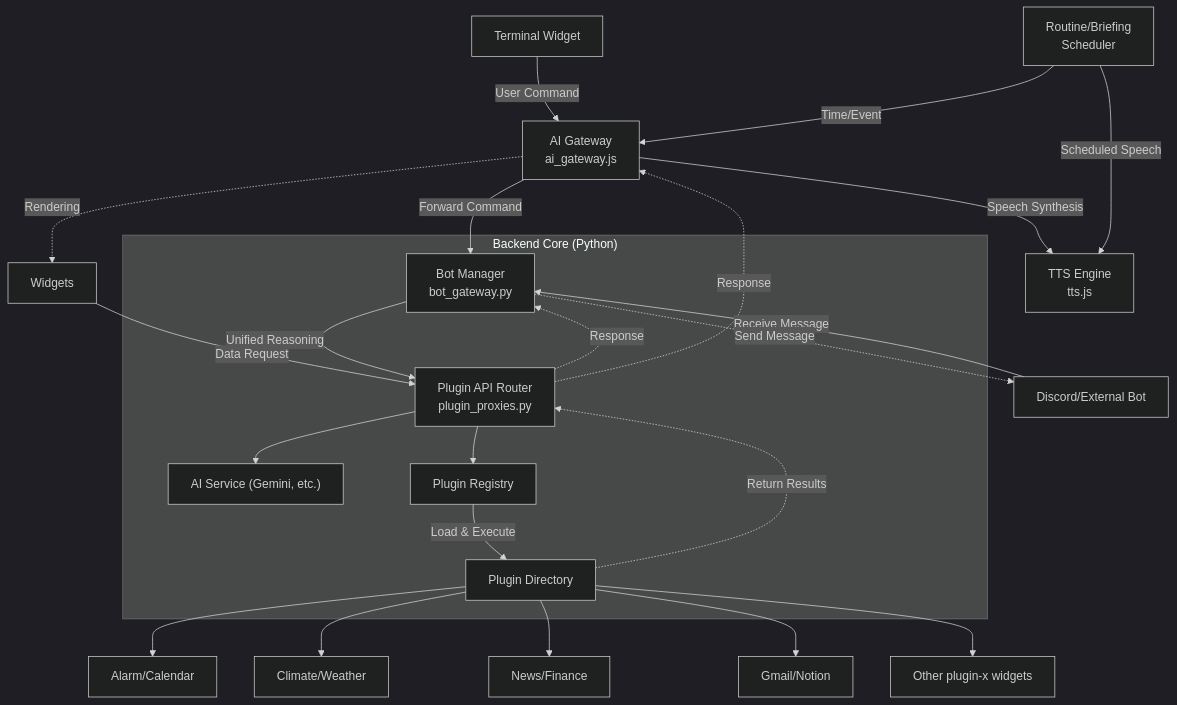
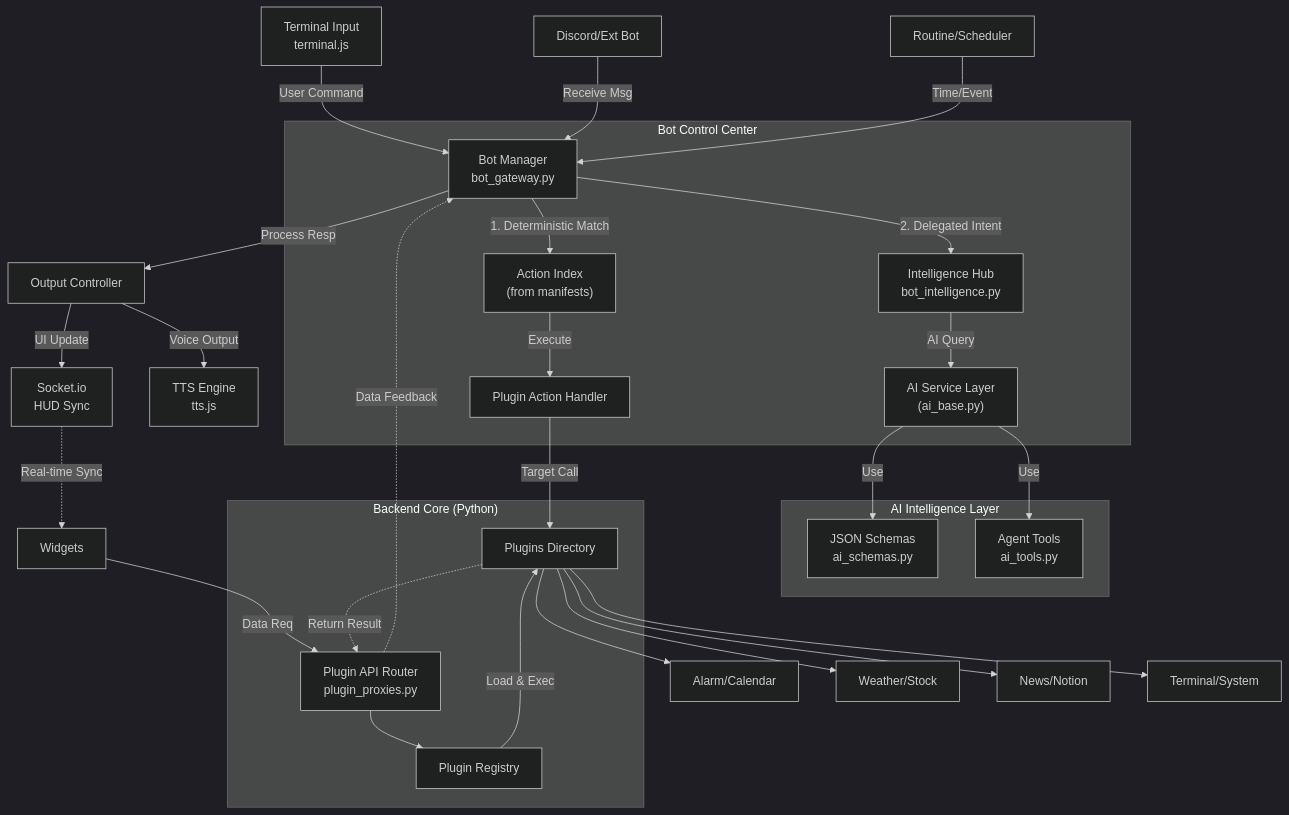
The first of 3 diagrams in docs/ARCHITECTURE_en.md (leeyj/aegis_avata), drawn with Mermaid (dark theme) before and after one commit. The commit also changed other lines of this file and 221 other files, not shown here.

Commit message:
v3.8.5: Core Modularization, System Hardening & Bug Fixes (Cumulative Update)

````diff
--- a/docs/ARCHITECTURE_en.md
+++ b/docs/ARCHITECTURE_en.md
@@ -13,38 +13,45 @@
 ```mermaid
 graph TB
-    %% Input & Trigger Layer (Top)
-    TerminalUI["Terminal Widget"] -->|User Command| AIGW["AI Gateway<br/>ai_gateway.js"]
-    DiscordBot["Discord/External Bot"] -->|Receive Message| BotMgr["Bot Manager<br/>bot_gateway.py"]
-    Routine["Routine/Briefing<br/>Scheduler"] -->|Time/Event| AIGW
-    Widgets["Widgets"] -->|Data Request| PluginRoute["Plugin API Router<br/>plugin_proxies.py"]
+    %% Inputs & Triggers (Top)
+    TerminalUI["Terminal Input<br/>terminal.js"] -->|User Command| BotMgr["Bot Manager<br/>bot_gateway.py"]
+    DiscordBot["Discord/Ext Bot"] -->|Receive Msg| BotMgr
+    Routine["Routine/Scheduler"] -->|Time/Event| BotMgr
+    Widgets["Widgets"] -->|Data Req| PluginRoute["Plugin API Router<br/>plugin_proxies.py"]
 
-    %% BotManager Central Routing
-    AIGW -->|Forward Command| BotMgr
-    BotMgr -->|Unified Reasoning| PluginRoute
+    %% BotManager Central Routing (v3.7.0 Core)
+    subgraph Bot_Control_Center [Bot Control Center]
+        BotMgr -->|1. Deterministic Match| ActionIdx["Action Index<br/>(from manifests)"]
+        BotMgr -->|2. Delegated Intent| IntelHub["Intelligence Hub<br/>bot_intelligence.py"]
+        IntelHub -->|AI Query| AIService["AI Service Layer<br/>(ai_base.py)"]
+        ActionIdx -->|Execute| Handler["Plugin Action Handler"]
+    end
     
-    %% AI Gateway & Feedback Flow
-    AIGW -->|Speech Synthesis| TTS["TTS Engine<br/>tts.js"]
-    Routine -->|Scheduled Speech| TTS
+    %% AI Intelligence Layer Details
+    subgraph AI_Intelligence_Layer [AI Intelligence Layer]
+        AIService -->|Use| Schemas["JSON Schemas<br/>ai_schemas.py"]
+        AIService -->|Use| Tools["Agent Tools<br/>ai_tools.py"]
+    end
 
-    %% Backend Core Processing
+    %% Outcome Feedback
+    BotMgr -->|Process Resp| Output["Output Controller"]
+    Output -->|Voice Output| TTS["TTS Engine<br/>tts.js"]
+    Output -->|UI Update| WebSocket["Socket.io<br/>HUD Sync"]
+
+    %% Backend Core
     subgraph Backend_Core ["Backend Core (Python)"]
-        PluginRoute --> AISvc["AI Service (Gemini, etc.)"]
         PluginRoute --> PluginSys["Plugin Registry"]
-        PluginSys -->|Load & Execute| Plugins["Plugin Directory"]
-        BotMgr
+        PluginSys -->|Load & Exec| Plugins["Plugins Directory"]
+        Handler -->|Target Call| Plugins
     end
 
     %% Plugin List
     Plugins --> P1["Alarm/Calendar"]
-    Plugins --> P2["Climate/Weather"]
-    Plugins --> P3["News/Finance"]
-    Plugins --> P4["Gmail/Notion"]
-    Plugins --> P5["Other plugin-x widgets"]
+    Plugins --> P2["Weather/Stock"]
+    Plugins --> P3["News/Notion"]
+    Plugins --> P4["Terminal/System"]
 
-    %% Result Feedback (Dotted)
-    Plugins -.->|Return Results| PluginRoute
-    PluginRoute -.->|Response| BotMgr
-    BotMgr -.->|Send Message| DiscordBot
-    PluginRoute -.->|Response| AIGW
-    AIGW -.->|Rendering| Widgets
+    %% Feedback Loops (Dashed)
+    Plugins -.->|Return Result| PluginRoute
+    PluginRoute -.->|Data Feedback| BotMgr
+    WebSocket -.->|Real-time Sync| Widgets
 ```
````
